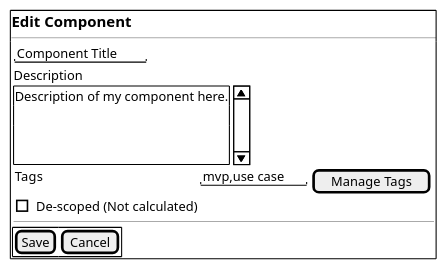
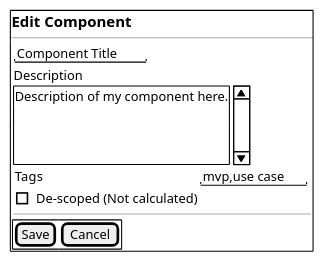
Before and after one commit to bobbyache/EffortEstimator: the diagram in docs/screens/edit-component.plantuml, drawn with PlantUML. The commit also changed 10 other files, not shown here.

```diff
--- a/docs/screens/edit-component.plantuml
+++ b/docs/screens/edit-component.plantuml
@@ -1,27 +1,27 @@
 @startsalt "Edit Component"
 
     {+
         == Edit Component
         ---
         {
             {
                 "Component Title"
                 Description 
                 {SI 
                     Description of my component here. 
                     .
                     .
                     .
                 }
                 {
-                    Tags | "mvp,use case" | [ Manage Tags ]
+                    Tags | "mvp,use case"
                     [] De-scoped (Not calculated)
                 }
                 ---
             }
             {+
                 [Save] | [Cancel]
             }
         }
     }
 @endsalt
```
